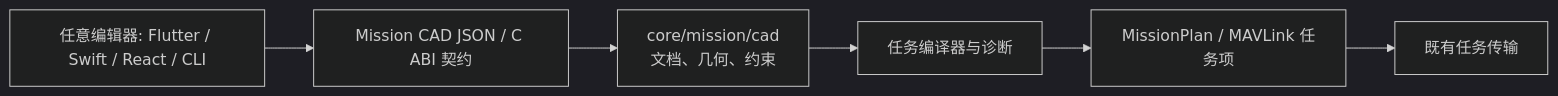
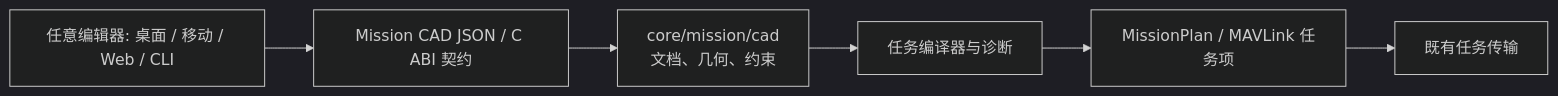
Before and after one commit to mofu2003/M-GCS: the diagram in docs/MISSION_CAD.md, drawn with Mermaid (dark theme). The commit also changed other lines of this file and 204 other files, not shown here.

````diff
--- a/docs/MISSION_CAD.md
+++ b/docs/MISSION_CAD.md
@@ -30,15 +30,15 @@
 ```mermaid
 flowchart LR
-    Editor["任意编辑器: Flutter / Swift / React / CLI"]
+    Editor["任意编辑器: 桌面 / 移动 / Web / CLI"]
     Contract["Mission CAD JSON / C ABI 契约"]
     Cad["core/mission/cad\n文档、几何、约束"]
     Compiler["任务编译器与诊断"]
     Plan["MissionPlan / MAVLink 任务项"]
     Transfer["既有任务传输"]
 
     Editor --> Contract
     Contract --> Cad
     Cad --> Compiler
     Compiler --> Plan
     Plan --> Transfer
 ```
````
